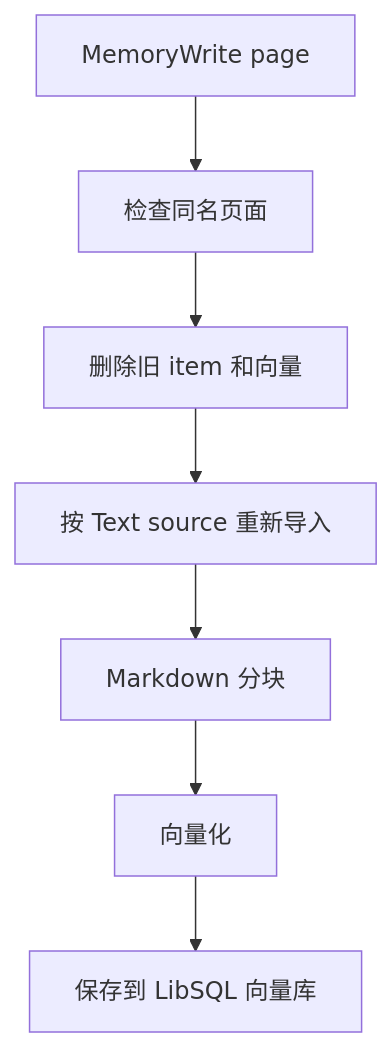
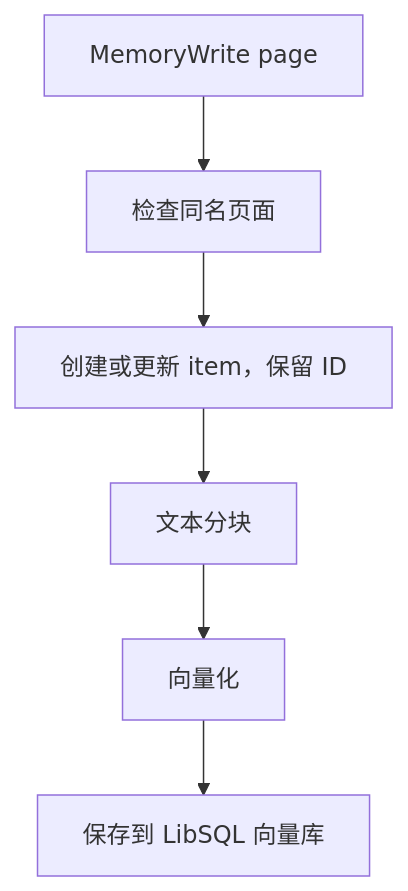
Before and after one commit to DarkNoah/aime-chat: the second of 5 diagrams in packages/docs/docs/features/cultivation-memory.md, drawn with Mermaid. The commit also changed other lines of this file and 68 other files, not shown here.

````diff
--- a/packages/docs/docs/features/cultivation-memory.md
+++ b/packages/docs/docs/features/cultivation-memory.md
@@ -122,9 +122,8 @@
 ```mermaid
 flowchart TD
   Write["MemoryWrite page"] --> Check["检查同名页面"]
-  Check --> DeleteOld["删除旧 item 和向量"]
-  DeleteOld --> Import["按 Text source 重新导入"]
-  Import --> Chunk["Markdown 分块"]
+  Check --> Save["创建或更新 item，保留 ID"]
+  Save --> Chunk["文本分块"]
   Chunk --> Embed["向量化"]
   Embed --> Store["保存到 LibSQL 向量库"]
 ```
````
